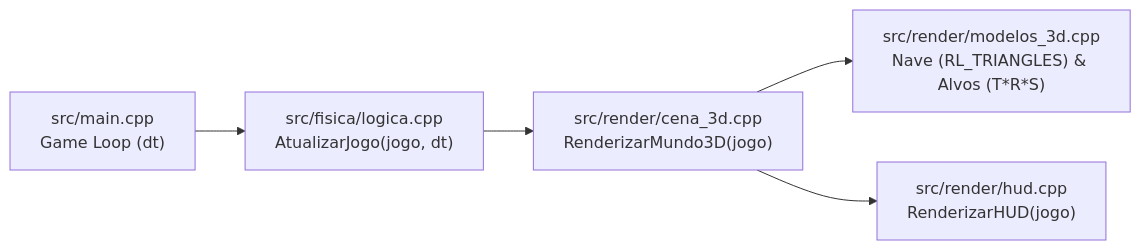
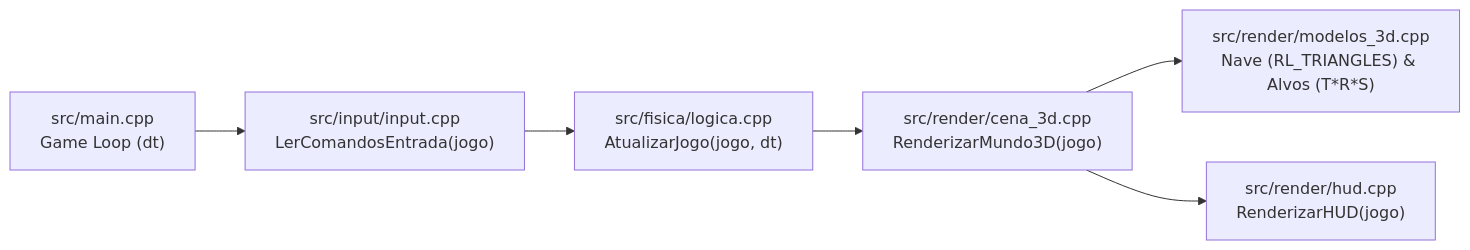
Before and after one commit to MarcosAndradeV/computacao-grafica: the diagram in README.md, drawn with Mermaid. The commit also changed other lines of this file and 6 other files, not shown here.

````diff
--- a/README.md
+++ b/README.md
@@ -45,7 +45,8 @@
 ```mermaid
 flowchart LR
-    A["src/main.cpp<br/>Game Loop (dt)"] --> B["src/fisica/logica.cpp<br/>AtualizarJogo(jogo, dt)"]
+    A["src/main.cpp<br/>Game Loop (dt)"] --> I["src/input/input.cpp<br/>LerComandosEntrada(jogo)"]
+    I --> B["src/fisica/logica.cpp<br/>AtualizarJogo(jogo, dt)"]
     B --> C["src/render/cena_3d.cpp<br/>RenderizarMundo3D(jogo)"]
     C --> D["src/render/modelos_3d.cpp<br/>Nave (RL_TRIANGLES) & Alvos (T*R*S)"]
     C --> E["src/render/hud.cpp<br/>RenderizarHUD(jogo)"]
 ```
````
